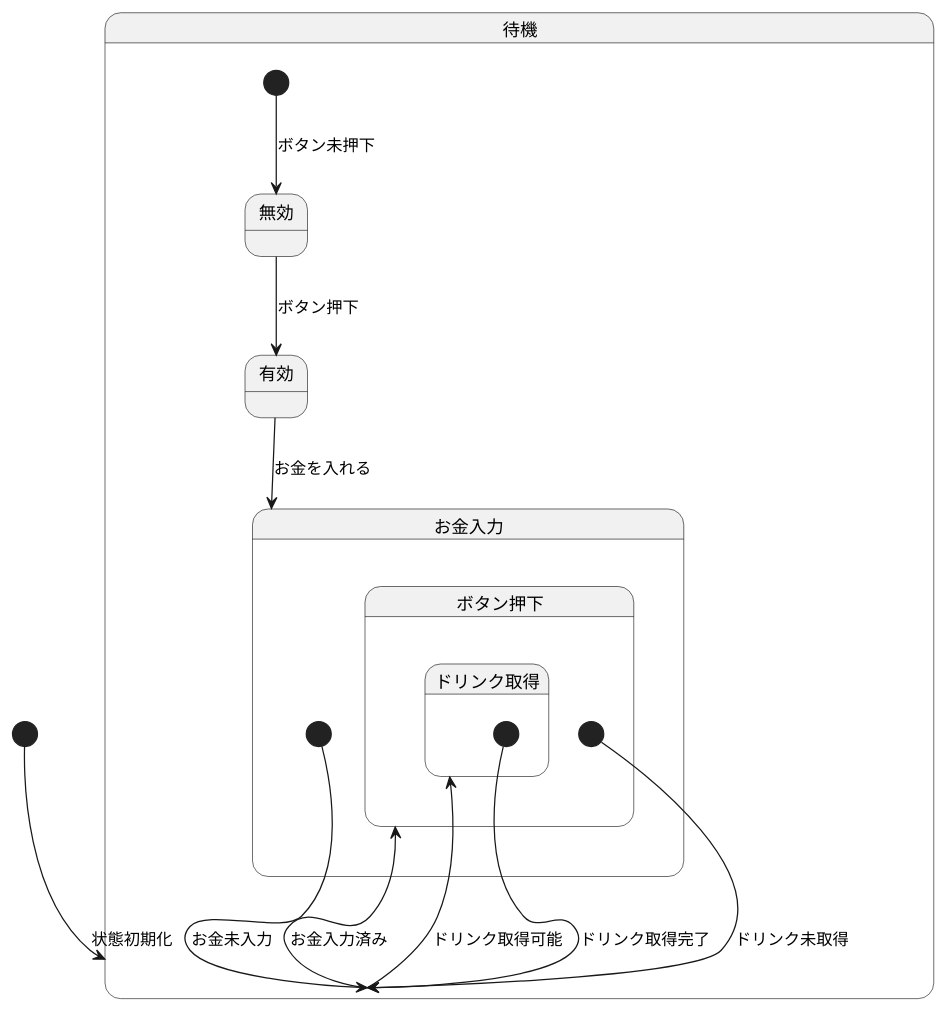
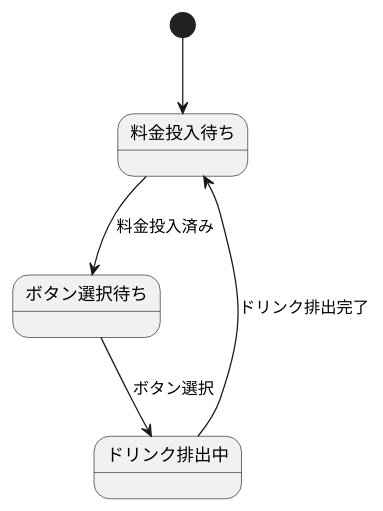
Before and after one commit to hinokanata/uml-introduction: the diagram in 演習6-4-5_ステートマシン図_自動販売機.pu, drawn with PlantUML. The commit also changed 1 other file, not shown here.

```diff
--- a/演習6-4-5_ステートマシン図_自動販売機.pu
+++ b/演習6-4-5_ステートマシン図_自動販売機.pu
@@ -1,25 +1,9 @@
 @startuml 演習6-4-5
 
-[*] --> 待機 : 状態初期化
+[*] --> 料金投入待ち
 
-state 待機 {
-  [*] --> 無効 : ボタン未押下
-  無効 --> 有効 : ボタン押下
-  有効 --> お金入力 : お金を入れる
-}
-
-state お金入力 {
-  [*] --> 待機 : お金未入力
-  待機 --> ボタン押下 : お金入力済み
-}
-
-state ボタン押下 {
-  [*] --> 待機 : ドリンク未取得
-  待機 --> ドリンク取得 : ドリンク取得可能
-}
-
-state ドリンク取得 {
-  [*] --> 待機 : ドリンク取得完了
-}
+料金投入待ち --> ボタン選択待ち : 料金投入済み
+ボタン選択待ち --> ドリンク排出中 : ボタン選択
+ドリンク排出中 --> 料金投入待ち : ドリンク排出完了
 
 @enduml
```
